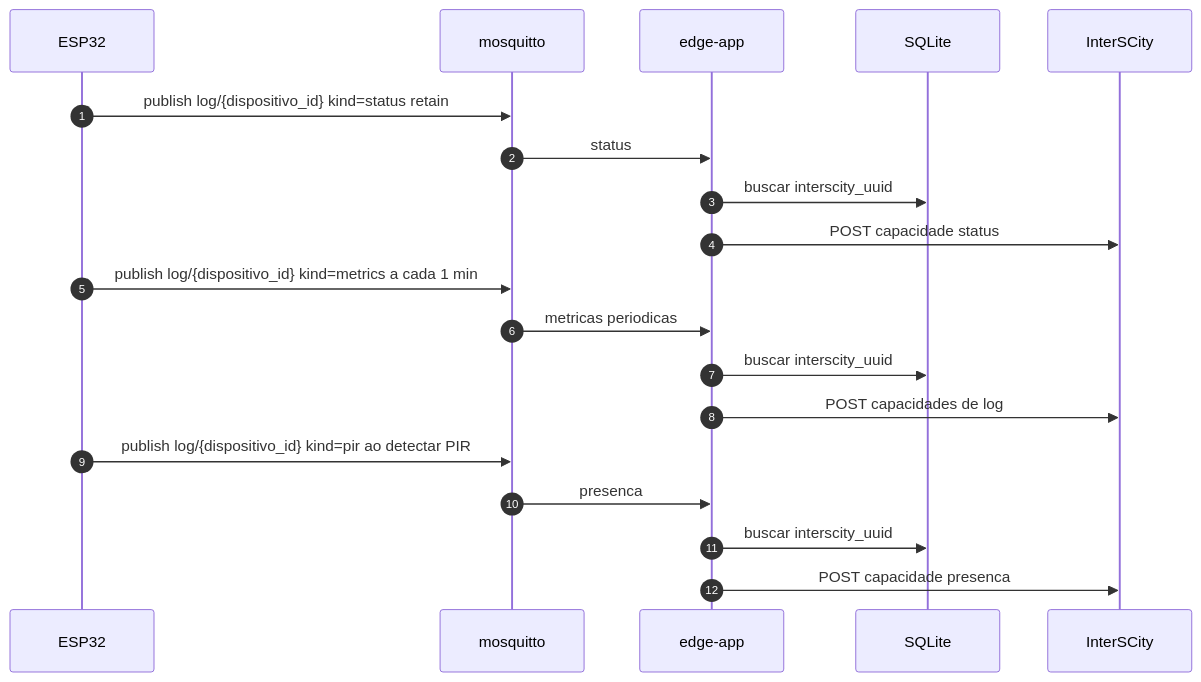
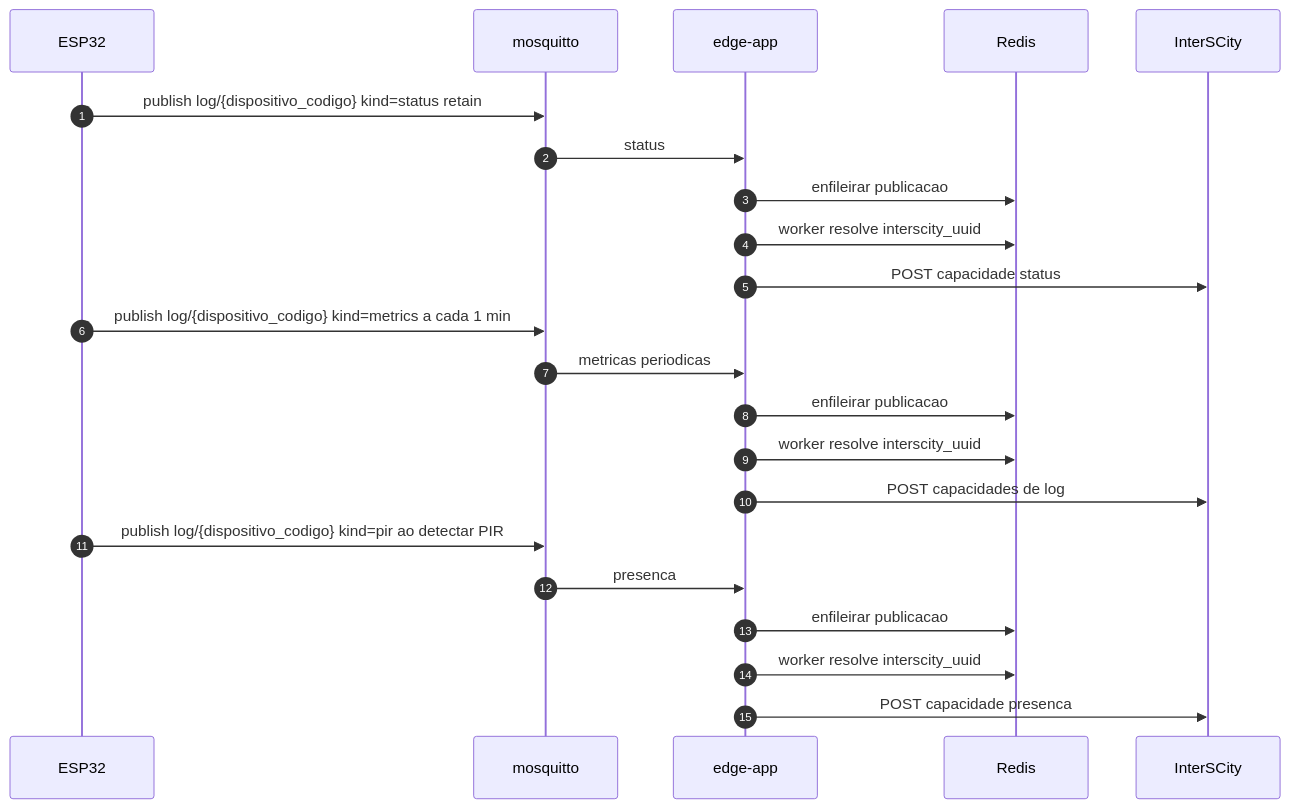
Before and after one commit to DanielKGM/autoponto-edgenode: the fourth of 4 diagrams in README.md, drawn with Mermaid. The commit also changed other lines of this file and 24 other files, not shown here.

````diff
--- a/README.md
+++ b/README.md
@@ -559,22 +548,25 @@
 ```mermaid
 sequenceDiagram
   autonumber
   participant ESP as ESP32
   participant MQ as mosquitto
   participant API as edge-app
-  participant DB as SQLite
+  participant R as Redis
   participant IS as InterSCity
 
-  ESP->>MQ: publish log/{dispositivo_id} kind=status retain
+  ESP->>MQ: publish log/{dispositivo_codigo} kind=status retain
   MQ->>API: status
-  API->>DB: buscar interscity_uuid
+  API->>R: enfileirar publicacao
+  API->>R: worker resolve interscity_uuid
   API->>IS: POST capacidade status
-  ESP->>MQ: publish log/{dispositivo_id} kind=metrics a cada 1 min
+  ESP->>MQ: publish log/{dispositivo_codigo} kind=metrics a cada 1 min
   MQ->>API: metricas periodicas
-  API->>DB: buscar interscity_uuid
+  API->>R: enfileirar publicacao
+  API->>R: worker resolve interscity_uuid
   API->>IS: POST capacidades de log
-  ESP->>MQ: publish log/{dispositivo_id} kind=pir ao detectar PIR
+  ESP->>MQ: publish log/{dispositivo_codigo} kind=pir ao detectar PIR
   MQ->>API: presenca
-  API->>DB: buscar interscity_uuid
+  API->>R: enfileirar publicacao
+  API->>R: worker resolve interscity_uuid
   API->>IS: POST capacidade presenca
 ```
````
